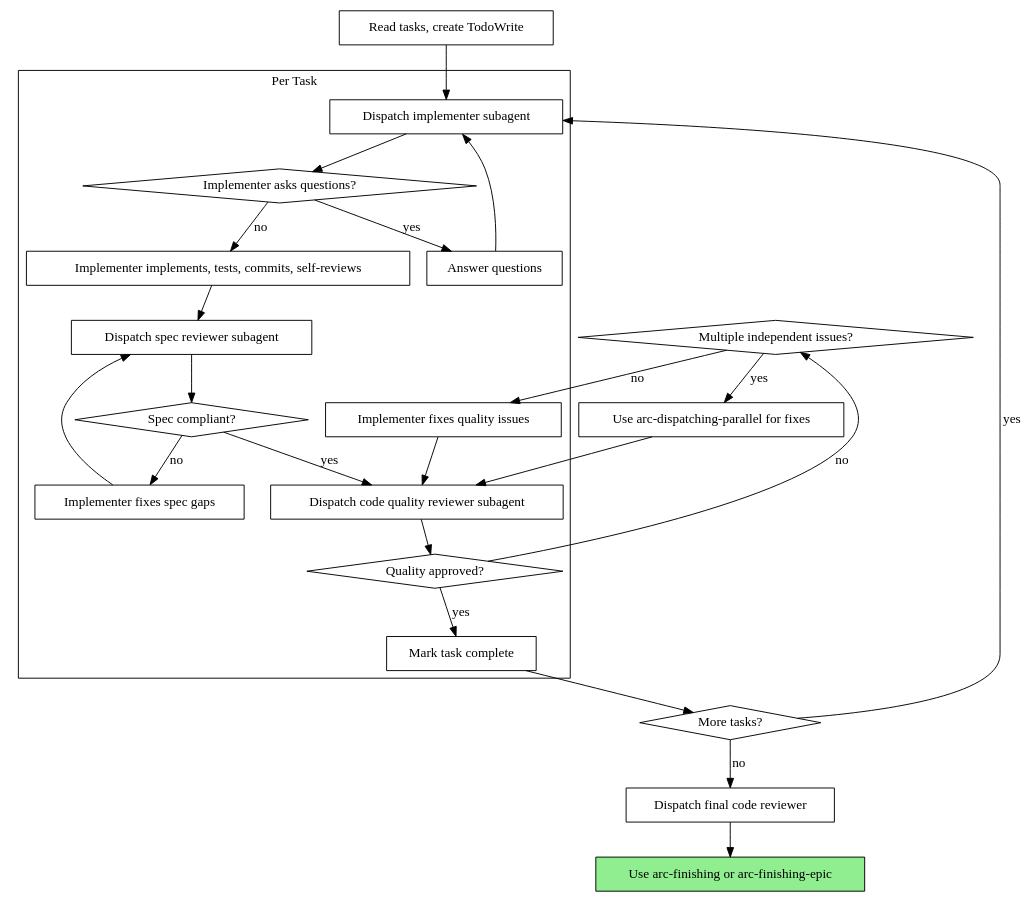
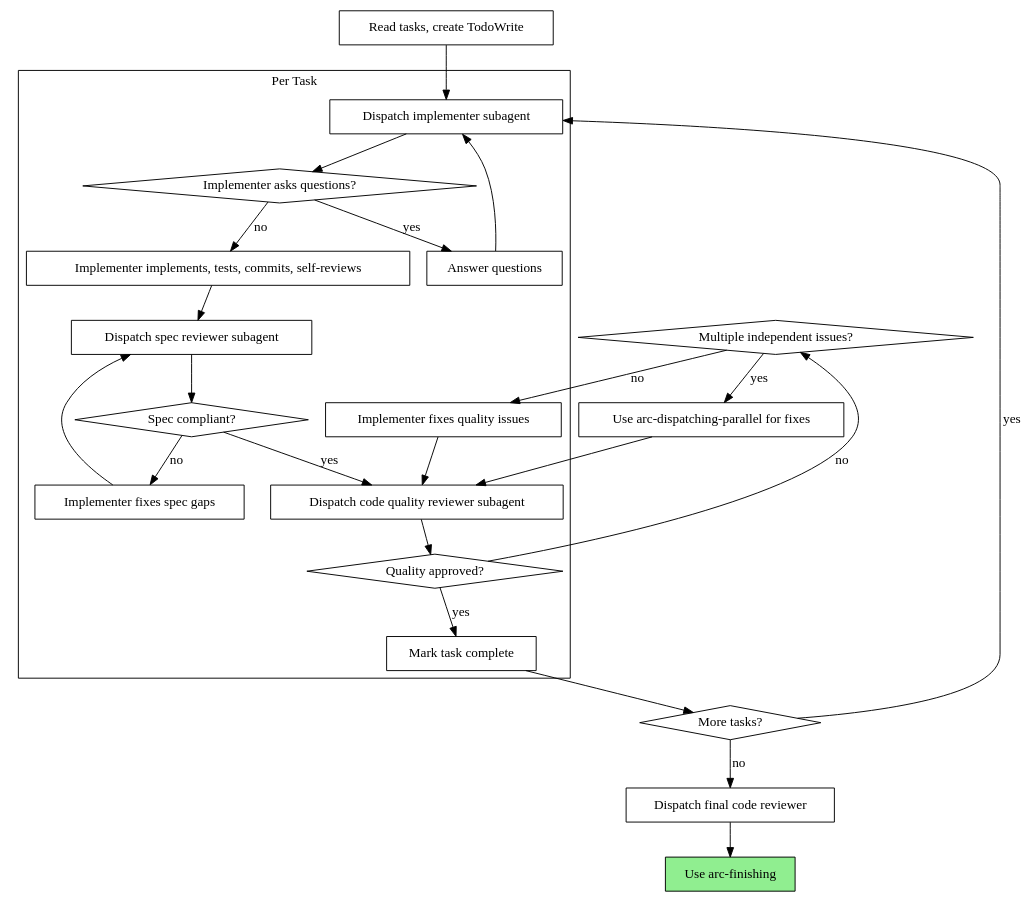
One commit to GregoryHo/arcforge changed the second of 2 diagrams in skills/arc-agent-driven/SKILL.md. Above: the diagram before and after it, drawn with Graphviz. The commit also changed other lines of this file and 29 other files, not shown here.

First line of the commit message:
feat(skills): merge finishing twins into one arc-finishing + arc-using router (WT-6, absorbs SRH-6) (#93)

````diff
--- a/skills/arc-agent-driven/SKILL.md
+++ b/skills/arc-agent-driven/SKILL.md
@@ -40,49 +40,49 @@
 ```dot
 digraph process {
     rankdir=TB;
 
     subgraph cluster_per_task {
         label="Per Task";
         "Dispatch implementer subagent" [shape=box];
         "Implementer asks questions?" [shape=diamond];
         "Answer questions" [shape=box];
         "Implementer implements, tests, commits, self-reviews" [shape=box];
         "Dispatch spec reviewer subagent" [shape=box];
         "Spec compliant?" [shape=diamond];
         "Implementer fixes spec gaps" [shape=box];
         "Dispatch code quality reviewer subagent" [shape=box];
         "Quality approved?" [shape=diamond];
         "Implementer fixes quality issues" [shape=box];
         "Mark task complete" [shape=box];
     }
 
     "Read tasks, create TodoWrite" [shape=box];
     "More tasks?" [shape=diamond];
     "Multiple independent issues?" [shape=diamond];
     "Use arc-dispatching-parallel for fixes" [shape=box];
     "Dispatch final code reviewer" [shape=box];
-    "Use arc-finishing or arc-finishing-epic" [shape=box style=filled fillcolor=lightgreen];
+    "Use arc-finishing" [shape=box style=filled fillcolor=lightgreen];
 
     "Read tasks, create TodoWrite" -> "Dispatch implementer subagent";
     "Dispatch implementer subagent" -> "Implementer asks questions?";
     "Implementer asks questions?" -> "Answer questions" [label="yes"];
     "Answer questions" -> "Dispatch implementer subagent";
     "Implementer asks questions?" -> "Implementer implements, tests, commits, self-reviews" [label="no"];
     "Implementer implements, tests, commits, self-reviews" -> "Dispatch spec reviewer subagent";
     "Dispatch spec reviewer subagent" -> "Spec compliant?";
     "Spec compliant?" -> "Implementer fixes spec gaps" [label="no"];
     "Implementer fixes spec gaps" -> "Dispatch spec reviewer subagent";
     "Spec compliant?" -> "Dispatch code quality reviewer subagent" [label="yes"];
     "Dispatch code quality reviewer subagent" -> "Quality approved?";
     "Quality approved?" -> "Multiple independent issues?" [label="no"];
     "Multiple independent issues?" -> "Use arc-dispatching-parallel for fixes" [label="yes"];
     "Multiple independent issues?" -> "Implementer fixes quality issues" [label="no"];
     "Use arc-dispatching-parallel for fixes" -> "Dispatch code quality reviewer subagent";
     "Implementer fixes quality issues" -> "Dispatch code quality reviewer subagent";
     "Quality approved?" -> "Mark task complete" [label="yes"];
     "Mark task complete" -> "More tasks?";
     "More tasks?" -> "Dispatch implementer subagent" [label="yes"];
     "More tasks?" -> "Dispatch final code reviewer" [label="no"];
-    "Dispatch final code reviewer" -> "Use arc-finishing or arc-finishing-epic";
+    "Dispatch final code reviewer" -> "Use arc-finishing";
 }
 ```
````
